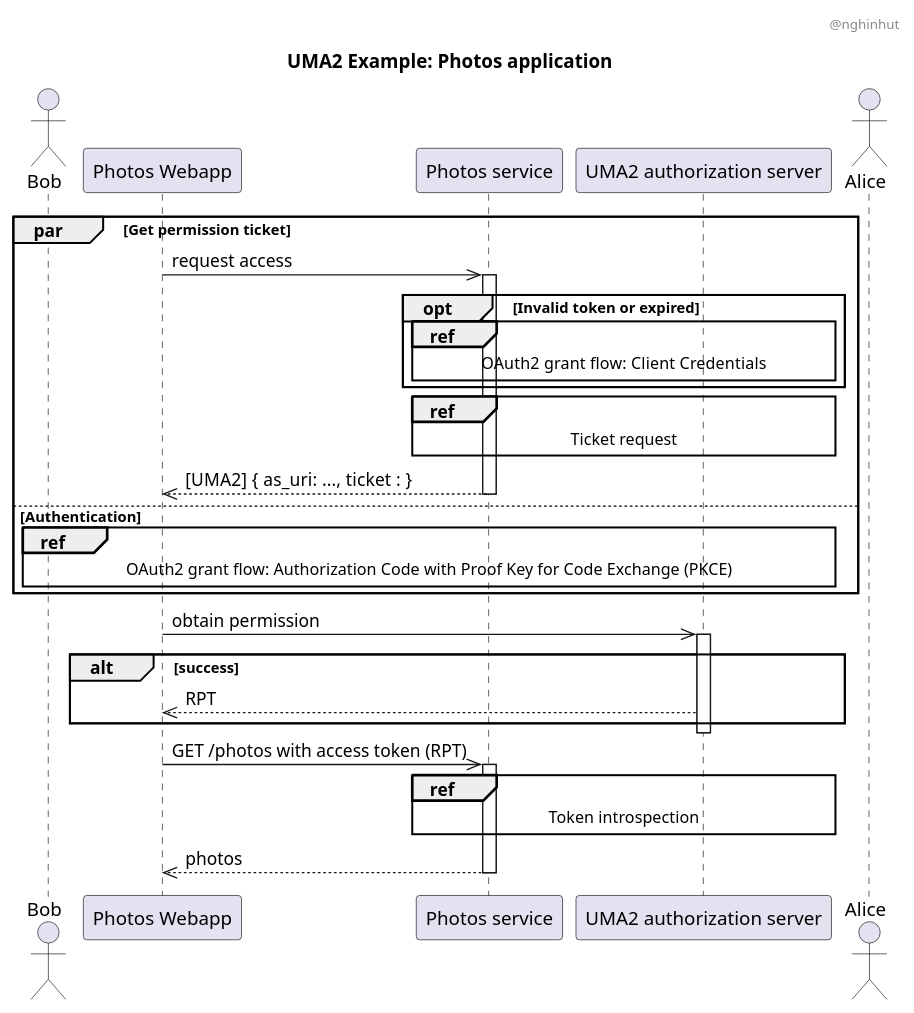
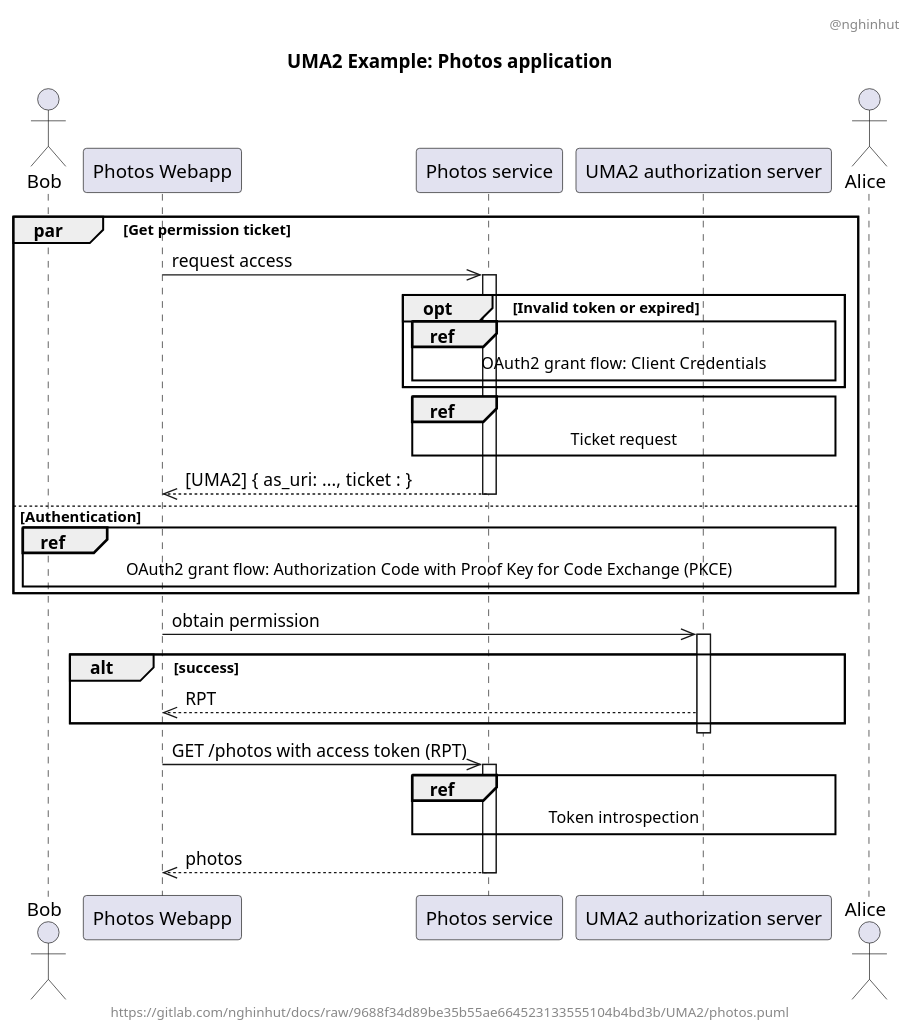
Before and after one commit to nghinhut/docs: the diagram in UMA2/photos.apps.puml, drawn with PlantUML. The commit also changed 18 other files, not shown here.

Commit message:
Update diagrams

```diff
--- a/UMA2/photos.apps.puml
+++ b/UMA2/photos.apps.puml
@@ -1,43 +1,43 @@
 @startuml
-'-----BEGIN HEADER-----
-'-----END HEADER-----
-
+'-----START auto generated metadata please keep comment here to allow auto update-----
+'-----DON'T EDIT THIS SECTION, INSTEAD RE-RUN prebuild.sh TO UPDATE-----
 header @nghinhut
-
+footer https://gitlab.com/nghinhut/docs/raw/9688f34d89be35b55ae664523133555104b4bd3b/UMA2/photos.puml
+'-----END auto generated metadata please keep comment here to allow auto update-----
 title UMA2 Example: Photos application
 
 actor "Bob" as rp
 participant "Photos Webapp" as client
 participant "Photos service" as rs
 participant "UMA2 authorization server" as as
 actor "Alice" as ro
 
 par Get permission ticket
     client ->> rs : request access
     activate rs
 
     opt Invalid token or expired
         ref over rs, as : OAuth2 grant flow: Client  Credentials
     end
 
     ref over rs, as : Ticket request
 
     client <<-- rs : [UMA2] { as_uri: ...,  ticket : }
     deactivate rs
 else Authentication
     ref over rp, as : OAuth2 grant flow: Authorization Code with Proof Key for Code Exchange (PKCE)
 end
 
 client ->> as : obtain permission
 activate as
 alt success
 client <<-- as : RPT
 end
 deactivate as
 
 client ->> rs : GET /photos with access token (RPT)
 activate rs
 ref over rs, as : Token introspection
 client <<-- rs : photos
 deactivate rs
 @enduml
```
